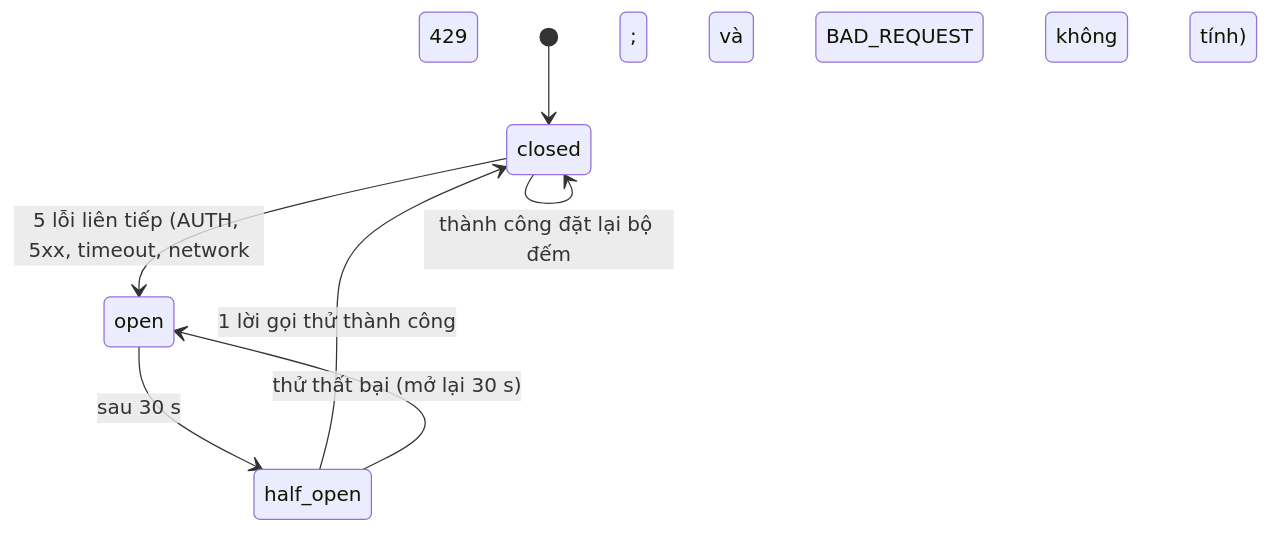
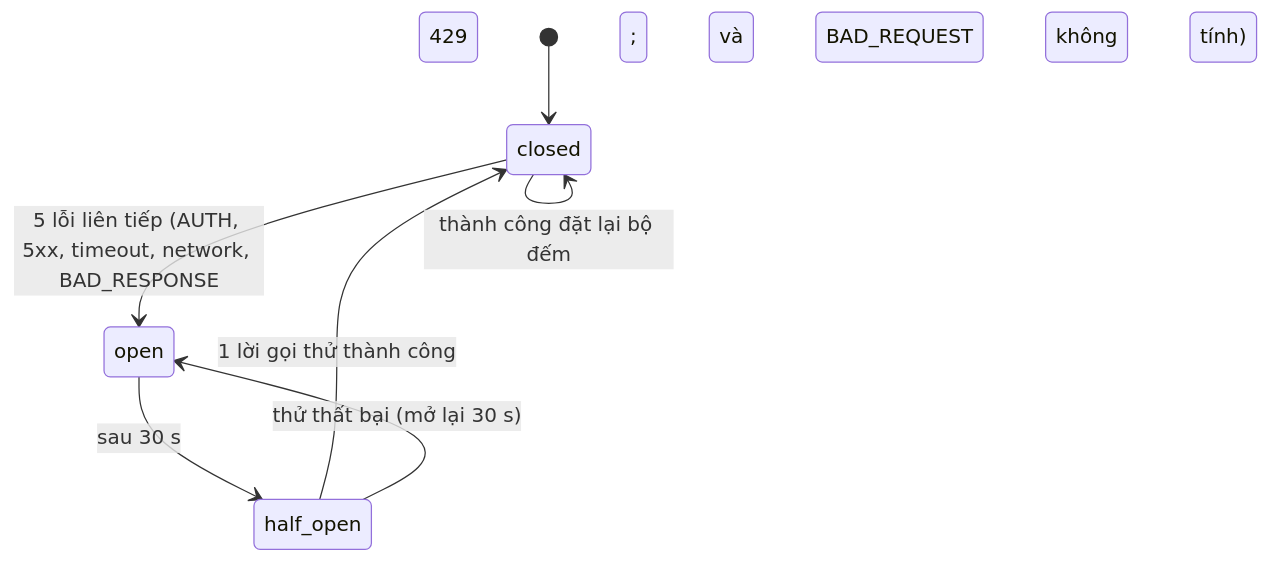
One commit to kagamikuro1024/EduPilot-v2 changed the second of 3 diagrams in docs/specs/FEAT-llm-gateway/SRS.md. Above: the diagram before and after it, drawn with Mermaid. The commit also changed other lines of this file and 2 other files, not shown here.

Commit message:
11: BA P-11-109: llm-gateway BAD_RESPONSE tính vào mạch (bảng lỗi, sơ đồ, AC6) theo mã

````diff
--- a/docs/specs/FEAT-llm-gateway/SRS.md
+++ b/docs/specs/FEAT-llm-gateway/SRS.md
@@ -71,9 +71,9 @@
 ```mermaid
 stateDiagram-v2
   [*] --> closed
-  closed --> open: 5 lỗi liên tiếp (AUTH, 5xx, timeout, network; 429 và BAD_REQUEST không tính)
+  closed --> open: 5 lỗi liên tiếp (AUTH, 5xx, timeout, network, BAD_RESPONSE; 429 và BAD_REQUEST không tính)
   open --> half_open: sau 30 s
   half_open --> closed: 1 lời gọi thử thành công
   half_open --> open: thử thất bại (mở lại 30 s)
   closed --> closed: thành công đặt lại bộ đếm
 ```
````
